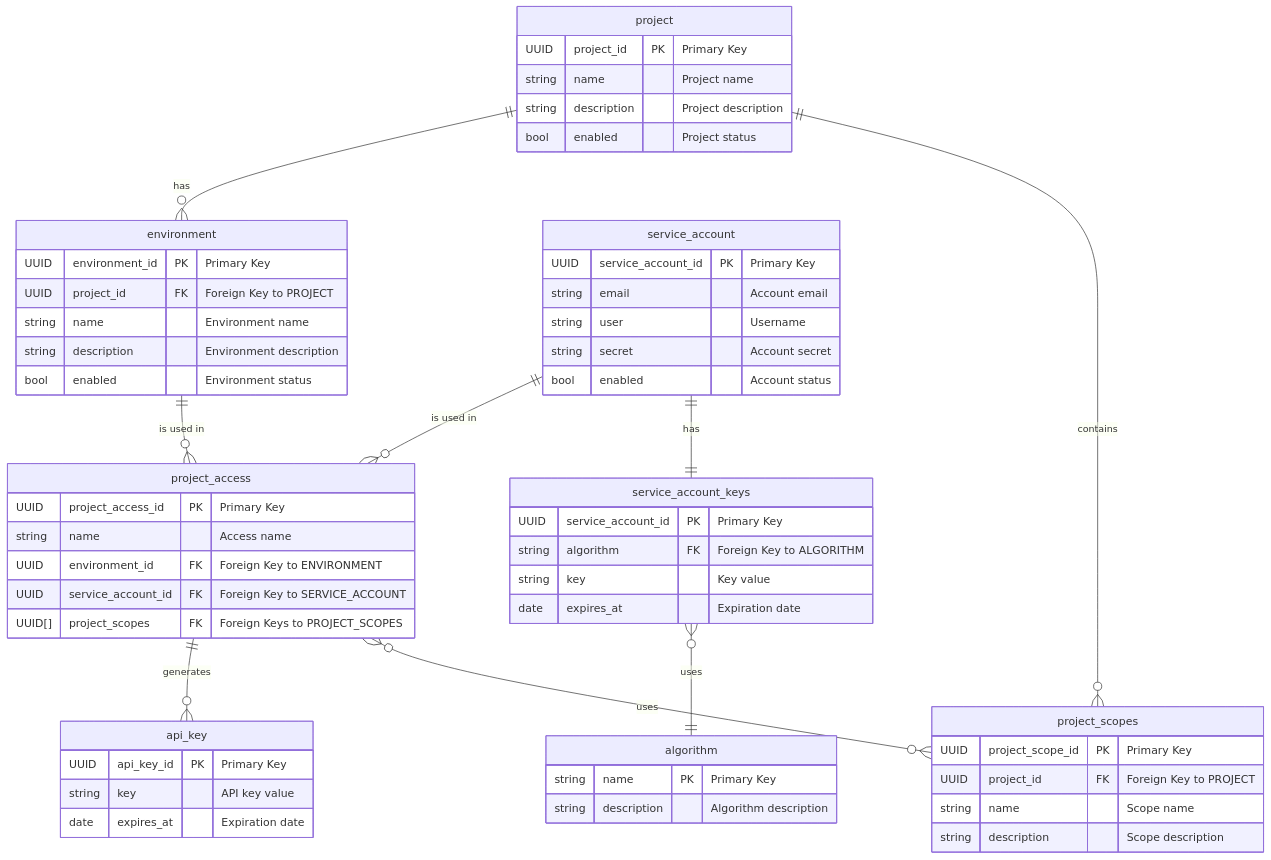
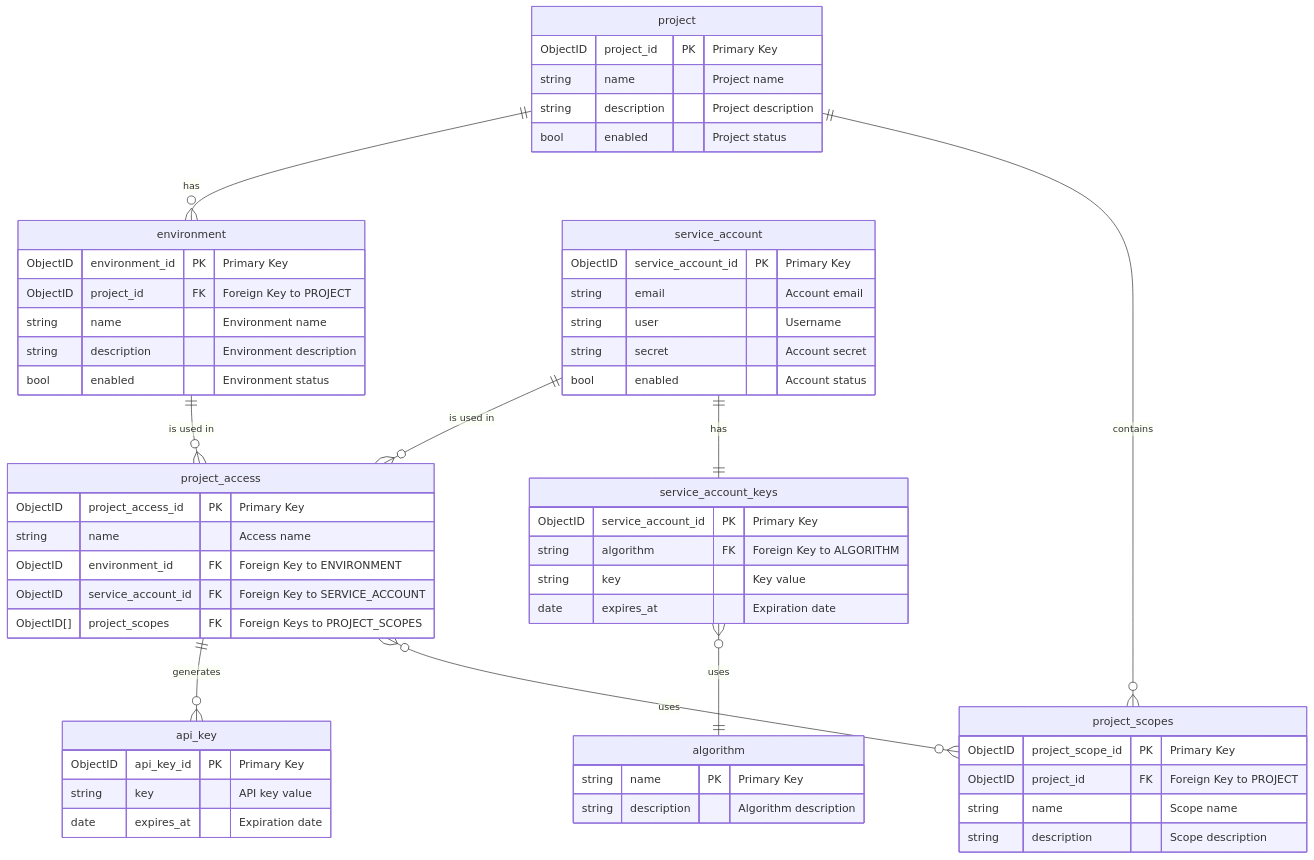
Before and after one commit to refactorartist/buraq: the diagram in docs/erd/erd.mmd, drawn with Mermaid. The commit also changed 2 other files, not shown here.

Commit message:
Update ERD to use ObjectID for primary and foreign keys
Modified the entity-relationship diagram (ERD) in `erd.mmd` to replace UUID types with ObjectID for primary and foreign key fields. Updated the README to clarify the command for regenerating the diagram. This change aligns the schema with MongoDB standards and improves consistency across the project.

```diff
--- a/docs/erd/erd.mmd
+++ b/docs/erd/erd.mmd
@@ -1,65 +1,65 @@
 erDiagram
     algorithm {
         string name PK "Primary Key"
         string description "Algorithm description"
     }
 
     api_key {
-        UUID api_key_id PK "Primary Key"
+        ObjectID api_key_id PK "Primary Key"
         string key "API key value"
         date expires_at "Expiration date"
     }
 
     environment {
-        UUID environment_id PK "Primary Key"
-        UUID project_id FK "Foreign Key to PROJECT"
+        ObjectID environment_id PK "Primary Key"
+        ObjectID project_id FK "Foreign Key to PROJECT"
         string name "Environment name"
         string description "Environment description"
         bool enabled "Environment status"
     }
 
     project {
-        UUID project_id PK "Primary Key"
+        ObjectID project_id PK "Primary Key"
         string name "Project name"
         string description "Project description"
         bool enabled "Project status"
     }
 
     project_access {
-        UUID project_access_id PK "Primary Key"
+        ObjectID project_access_id PK "Primary Key"
         string name "Access name"
-        UUID environment_id FK "Foreign Key to ENVIRONMENT"
-        UUID service_account_id FK "Foreign Key to SERVICE_ACCOUNT"
-        UUID[] project_scopes FK "Foreign Keys to PROJECT_SCOPES"
+        ObjectID environment_id FK "Foreign Key to ENVIRONMENT"
+        ObjectID service_account_id FK "Foreign Key to SERVICE_ACCOUNT"
+        ObjectID[] project_scopes FK "Foreign Keys to PROJECT_SCOPES"
     }
 
     project_scopes {
-        UUID project_scope_id PK "Primary Key"
-        UUID project_id FK "Foreign Key to PROJECT"
+        ObjectID project_scope_id PK "Primary Key"
+        ObjectID project_id FK "Foreign Key to PROJECT"
         string name "Scope name"
         string description "Scope description"
     }
 
     service_account {
-        UUID service_account_id PK "Primary Key"
+        ObjectID service_account_id PK "Primary Key"
         string email "Account email"
         string user "Username"
         string secret "Account secret"
         bool enabled "Account status"
     }
 
     service_account_keys {
-        UUID service_account_id PK "Primary Key"
+        ObjectID service_account_id PK "Primary Key"
         string algorithm FK "Foreign Key to ALGORITHM"
         string key "Key value"
         date expires_at "Expiration date"
     }
 
     project ||--o{ environment : "has"
     project ||--o{ project_scopes : "contains"
     service_account ||--o{ project_access : "is used in"
     service_account ||--|| service_account_keys : "has"
     environment ||--o{ project_access : "is used in"
     project_access ||--o{ api_key : "generates"
     project_access }o--o{ project_scopes : "uses"
     service_account_keys }o--|| algorithm : "uses"
```
